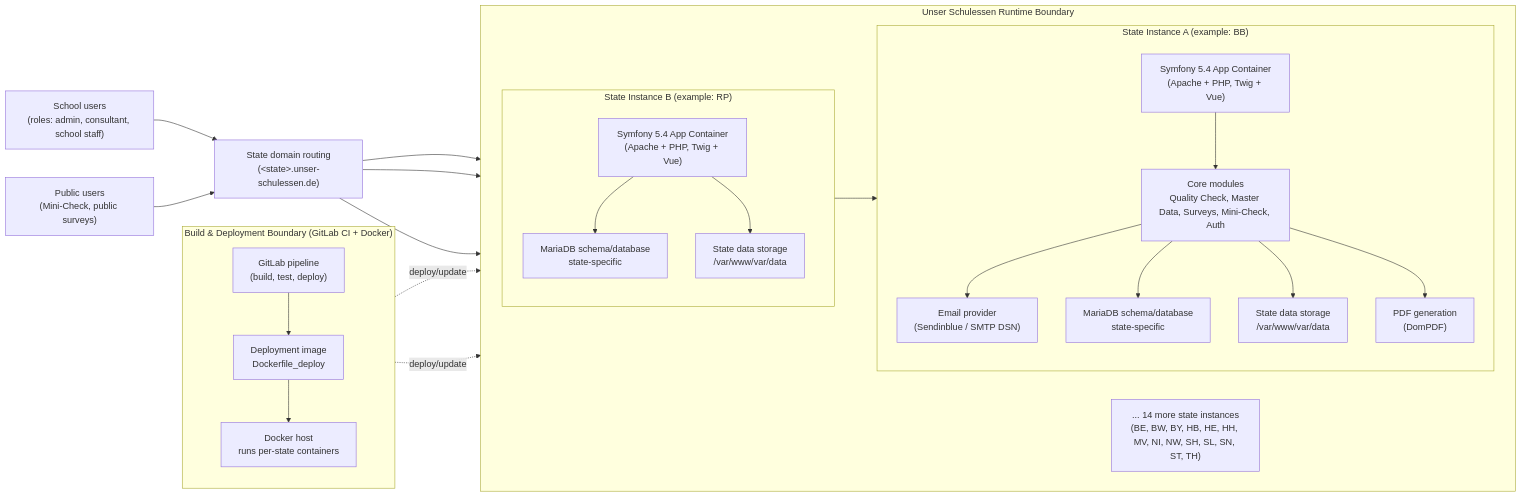
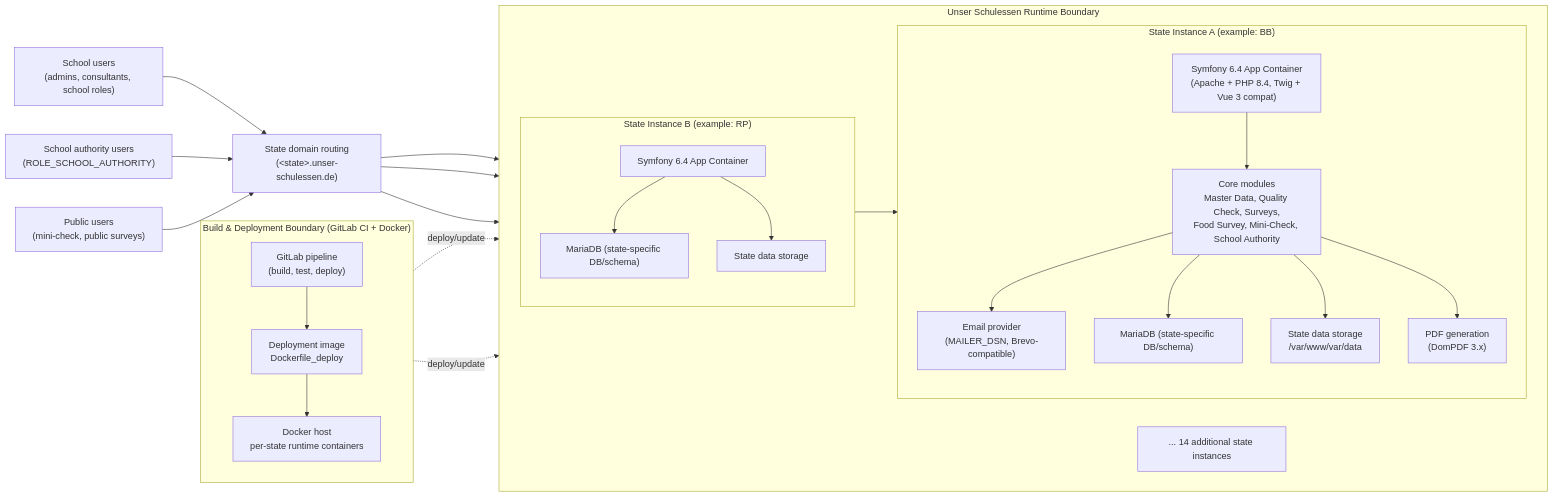
One commit to helliwood/unser-schulessen changed the first of 2 diagrams in README/ARCHITECTURE_OVERVIEW.md. Above: the diagram before and after it, drawn with Mermaid. The commit also changed other lines of this file and 229 other files, not shown here.

First line of the commit message:
Adds School Authority Dashboard and upgrades tech stack to Symfony 6/Vue 3

````diff
--- a/README/ARCHITECTURE_OVERVIEW.md
+++ b/README/ARCHITECTURE_OVERVIEW.md
@@ -12,62 +12,61 @@
 ```mermaid
 flowchart LR
-    %% External actors
-    su["School users<br/>(roles: admin, consultant, school staff)"]
-    pu["Public users<br/>(Mini-Check, public surveys)"]
-    smtp["Email provider<br/>(Sendinblue / SMTP DSN)"]
+    su["School users<br/>(admins, consultants, school roles)"]
+    sa["School authority users<br/>(ROLE_SCHOOL_AUTHORITY)"]
+    pu["Public users<br/>(mini-check, public surveys)"]
+    smtp["Email provider<br/>(MAILER_DSN, Brevo-compatible)"]
 
     dns["State domain routing<br/>(&lt;state&gt;.unser-schulessen.de)"]
 
     su --> dns
+    sa --> dns
     pu --> dns
 
-    %% Delivery and runtime boundary
     subgraph runtime["Unser Schulessen Runtime Boundary"]
         direction LR
 
         subgraph stateA["State Instance A (example: BB)"]
             direction TB
-            appA["Symfony 5.4 App Container<br/>(Apache + PHP, Twig + Vue)"]
-            modA["Core modules<br/>Quality Check, Master Data, Surveys, Mini-Check, Auth"]
-            pdfA["PDF generation<br/>(DomPDF)"]
-            dbA["MariaDB schema/database<br/>state-specific"]
+            appA["Symfony 6.4 App Container<br/>(Apache + PHP 8.4, Twig + Vue 3 compat)"]
+            modA["Core modules<br/>Master Data, Quality Check, Surveys,<br/>Food Survey, Mini-Check, School Authority"]
+            dbA["MariaDB (state-specific DB/schema)"]
             fsA["State data storage<br/>/var/www/var/data"]
+            pdfA["PDF generation<br/>(DomPDF 3.x)"]
 
             appA --> modA
             modA --> dbA
             modA --> fsA
             modA --> pdfA
             modA --> smtp
         end
 
         subgraph stateB["State Instance B (example: RP)"]
             direction TB
-            appB["Symfony 5.4 App Container<br/>(Apache + PHP, Twig + Vue)"]
-            dbB["MariaDB schema/database<br/>state-specific"]
-            fsB["State data storage<br/>/var/www/var/data"]
+            appB["Symfony 6.4 App Container"]
+            dbB["MariaDB (state-specific DB/schema)"]
+            fsB["State data storage"]
 
             appB --> dbB
             appB --> fsB
             appB --> smtp
         end
 
-        more["... 14 more state instances<br/>(BE, BW, BY, HB, HE, HH, MV, NI, NW, SH, SL, SN, ST, TH)"]
+        more["... 14 additional state instances"]
     end
 
     dns --> appA
     dns --> appB
     dns --> more
 
-    %% CI/CD and deployment boundary
     subgraph cicd["Build & Deployment Boundary (GitLab CI + Docker)"]
         direction TB
         ci["GitLab pipeline<br/>(build, test, deploy)"]
         img["Deployment image<br/>Dockerfile_deploy"]
-        host["Docker host<br/>runs per-state containers"]
+        host["Docker host<br/>per-state runtime containers"]
 
         ci --> img --> host
     end
 
     host -. deploy/update .-> appA
     host -. deploy/update .-> appB
 ```
````
